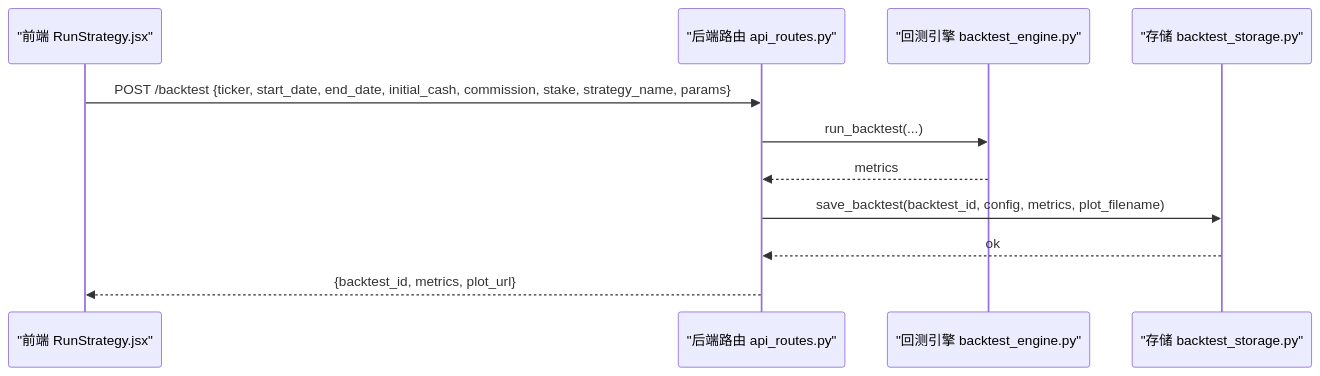
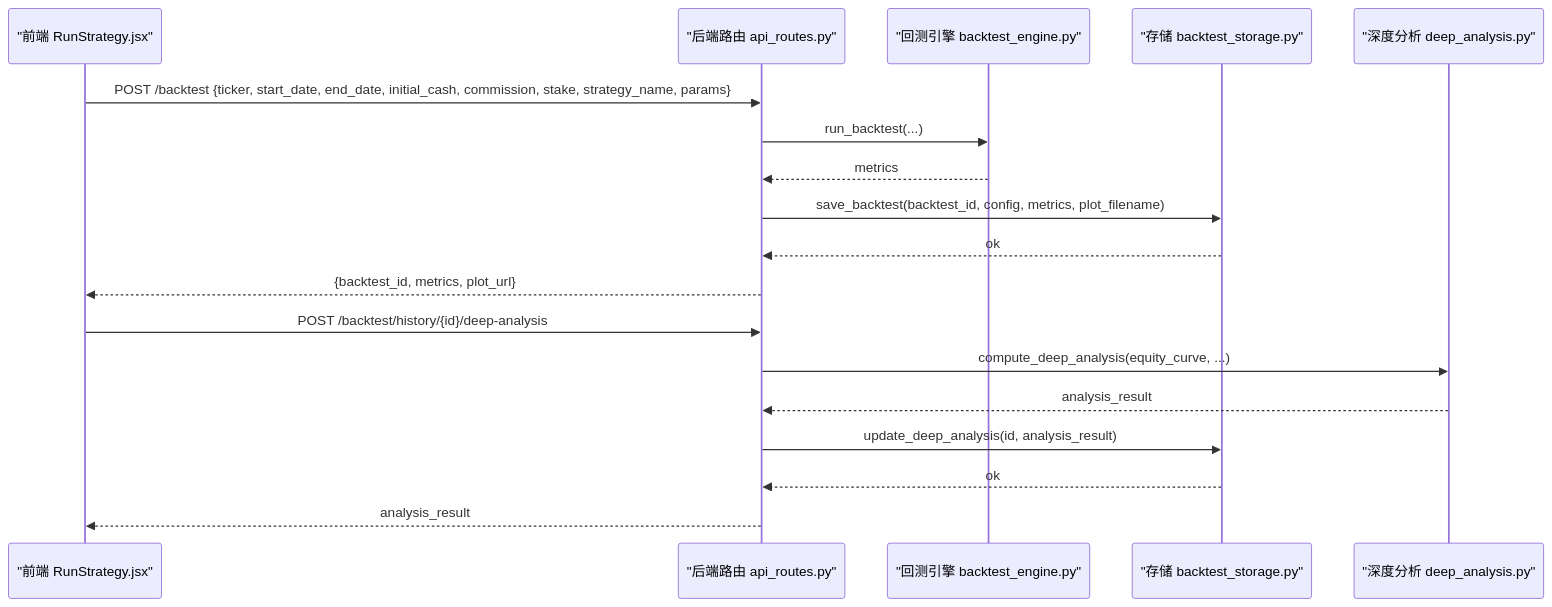
One commit to faryhuo/backtrader changed the sixth of 7 diagrams in .qoder/repowiki/zh/content/核心功能详解/策略回测系统.md. Above: the diagram before and after it, drawn with Mermaid. The commit also changed other lines of this file and 7 other files, not shown here.

````diff
--- a/.qoder/repowiki/zh/content/核心功能详解/策略回测系统.md
+++ b/.qoder/repowiki/zh/content/核心功能详解/策略回测系统.md
@@ -260,13 +292,20 @@
 ```mermaid
 sequenceDiagram
 participant FE as "前端 RunStrategy.jsx"
 participant API as "后端路由 api_routes.py"
 participant BE as "回测引擎 backtest_engine.py"
 participant DB as "存储 backtest_storage.py"
+participant DA as "深度分析 deep_analysis.py"
 FE->>API : POST /backtest {ticker, start_date, end_date, initial_cash, commission, stake, strategy_name, params}
 API->>BE : run_backtest(...)
 BE-->>API : metrics
 API->>DB : save_backtest(backtest_id, config, metrics, plot_filename)
 DB-->>API : ok
 API-->>FE : {backtest_id, metrics, plot_url}
+FE->>API : POST /backtest/history/{id}/deep-analysis
+API->>DA : compute_deep_analysis(equity_curve, ...)
+DA-->>API : analysis_result
+API->>DB : update_deep_analysis(id, analysis_result)
+DB-->>API : ok
+API-->>FE : analysis_result
 ```
````
